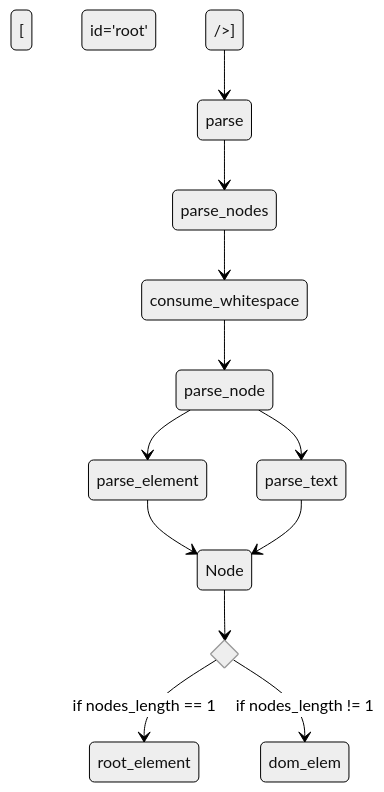
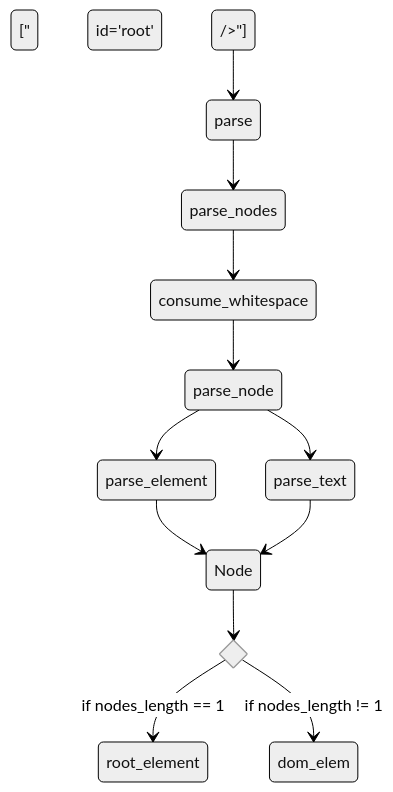
Before and after one commit to nakayan5/lets-build-a-browser-engine: the diagram in README.md, drawn with Mermaid (neutral theme).

````diff
--- a/README.md
+++ b/README.md
@@ -9,22 +9,22 @@
 ```mermaid
 stateDiagram-v2
 state nodes_length <<choice>>
 
 
-[<html><div id="root" /><html/>] --> parse
+["<html><div id="root" /><html/>"] --> parse
 parse --> parse_nodes
 
 parse_nodes --> consume_whitespace
 consume_whitespace --> parse_node
 
 parse_node --> parse_element
 parse_node --> parse_text
 
 parse_element　--> Node
 parse_text --> Node
 
 Node --> nodes_length
 nodes_length --> root_element: if nodes_length == 1
 nodes_length --> dom_elem : if nodes_length != 1
 
 ```
````
